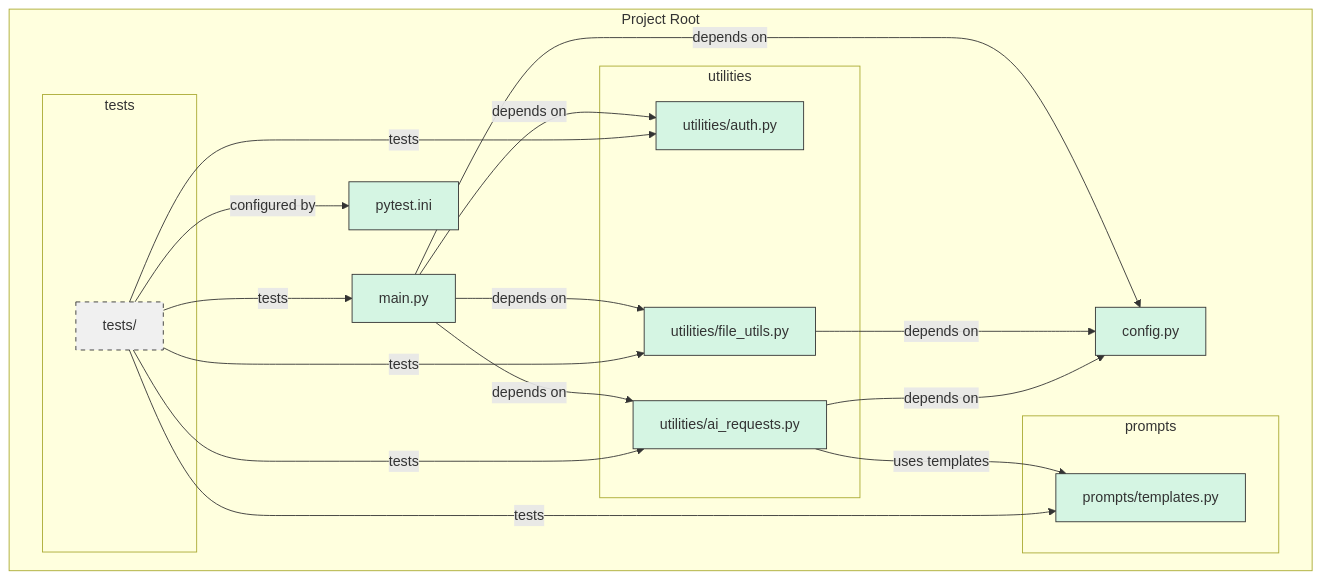
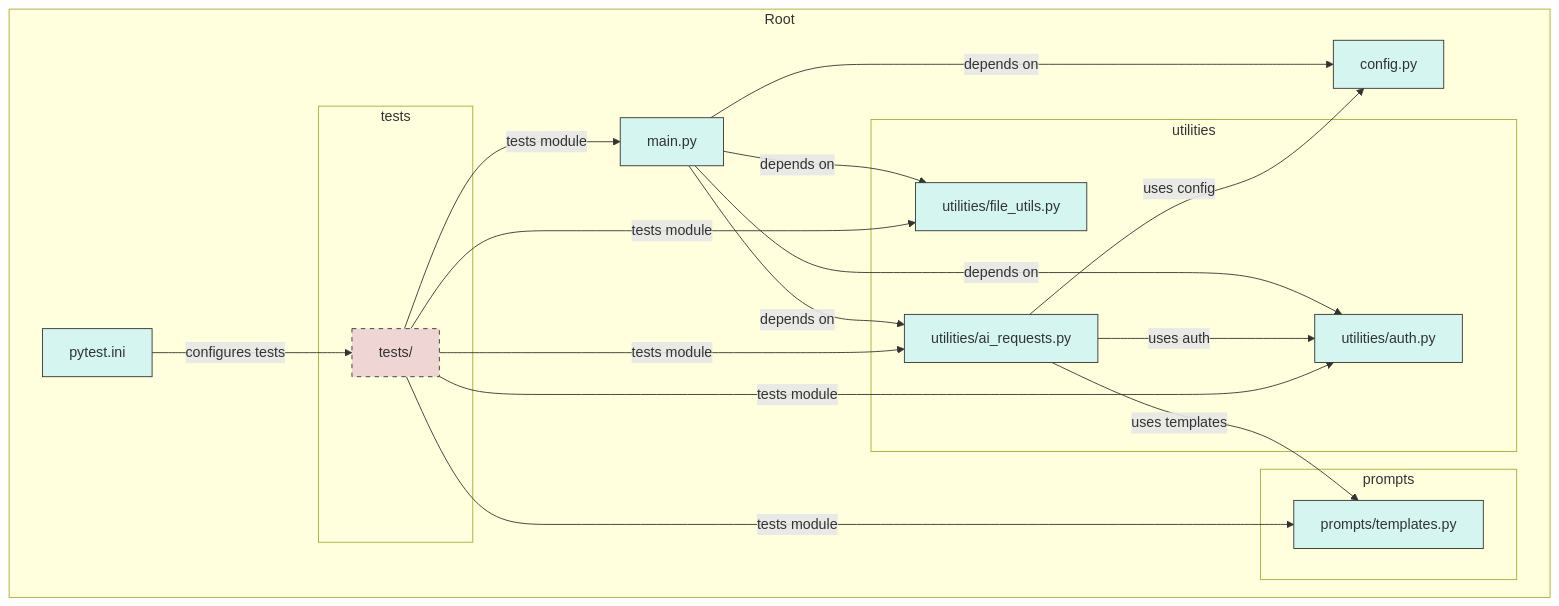
The diagram in README.md (scmgustafson/code2chart-action), drawn with Mermaid before and after one commit. The commit also changed other lines of this file, not shown here.

Commit message:
Add automated Mermaid to README

````diff
--- a/README.md
+++ b/README.md
@@ -66,43 +65,43 @@
 ```mermaid
-%%{init: {"theme": "default"}}%%
+%%{init: {"theme":"default"}}%%
 graph TD
-  subgraph "Project Root"
-    config[config.py]
-    main[main.py]
-    pytestini[pytest.ini]
+  subgraph "Root"
+    CFG[config.py]
+    MAIN[main.py]
+    PYINI[pytest.ini]
     subgraph "utilities"
-      file_utils[utilities/file_utils.py]
-      auth[utilities/auth.py]
-      ai_requests[utilities/ai_requests.py]
+      AUTH[utilities/auth.py]
+      FU[utilities/file_utils.py]
+      AIREQ[utilities/ai_requests.py]
     end
     subgraph "prompts"
-      templates[prompts/templates.py]
+      TEMPL[prompts/templates.py]
     end
     subgraph "tests"
-      testsdir[tests/]
+      TESTS[tests/]
     end
   end
 
-  main -->|depends on| config
-  main -->|depends on| auth
-  main -->|depends on| file_utils
-  main -->|depends on| ai_requests
+  MAIN -->|depends on| CFG
+  MAIN -->|depends on| AUTH
+  MAIN -->|depends on| FU
+  MAIN -->|depends on| AIREQ
 
-  file_utils -->|depends on| config
+  AIREQ -->|uses auth| AUTH
+  AIREQ -->|uses config| CFG
+  AIREQ -->|uses templates| TEMPL
 
-  ai_requests -->|depends on| config
-  ai_requests -->|uses templates| templates
+  TESTS -->|tests module| MAIN
+  TESTS -->|tests module| AIREQ
+  TESTS -->|tests module| FU
+  TESTS -->|tests module| AUTH
+  TESTS -->|tests module| TEMPL
 
-  testsdir -->|configured by| pytestini
-  testsdir -->|tests| main
-  testsdir -->|tests| auth
-  testsdir -->|tests| file_utils
-  testsdir -->|tests| ai_requests
-  testsdir -->|tests| templates
+  PYINI -->|configures tests| TESTS
 
-  classDef file fill:#d5f5e3,stroke:#333,color:#333
-  classDef dir fill:#f0f0f0,stroke:#333,color:#333,stroke-dasharray:5 5
+  classDef file fill:#d5f5f0,stroke:#333,color:#333
+  classDef directory fill:#f0d5d5,stroke:#333,color:#333,stroke-dasharray:5 5
 
-  class config,main,file_utils,auth,ai_requests,templates,pytestini file
-  class testsdir dir
+  class CFG,MAIN,PYINI,AUTH,FU,AIREQ,TEMPL file
+  class TESTS directory
 ```
````
